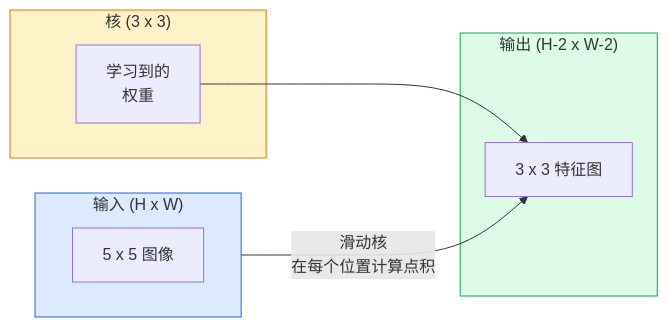
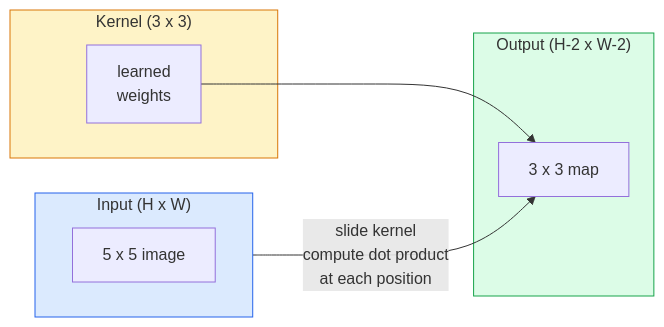
One commit to xiaojiaenen/ai-engineering-from-scratch-zh changed the first of 2 diagrams in i18n/zh/phases/04-computer-vision/02-convolutions-from-scratch/docs/zh.md. Above: the diagram before and after it, drawn with Mermaid. The commit also changed other lines of this file and 28 other files, not shown here.

````diff
--- a/i18n/zh/phases/04-computer-vision/02-convolutions-from-scratch/docs/zh.md
+++ b/i18n/zh/phases/04-computer-vision/02-convolutions-from-scratch/docs/zh.md
@@ -31,19 +31,19 @@
 ```mermaid
 flowchart LR
-    subgraph IN["输入 (H x W)"]
+    subgraph IN["Input (H x W)"]
         direction LR
-        I1["5 x 5 图像"]
+        I1["5 x 5 image"]
     end
-    subgraph K["核 (3 x 3)"]
-        K1["学习到的<br/>权重"]
+    subgraph K["Kernel (3 x 3)"]
+        K1["learned<br/>weights"]
     end
-    subgraph OUT["输出 (H-2 x W-2)"]
-        O1["3 x 3 特征图"]
+    subgraph OUT["Output (H-2 x W-2)"]
+        O1["3 x 3 map"]
     end
-    I1 --> |"滑动核<br/>在每个位置计算点积"| O1
+    I1 --> |"slide kernel<br/>compute dot product<br/>at each position"| O1
     K1 --> O1
 
     style IN fill:#dbeafe,stroke:#2563eb
     style K fill:#fef3c7,stroke:#d97706
     style OUT fill:#dcfce7,stroke:#16a34a
 ```
````
